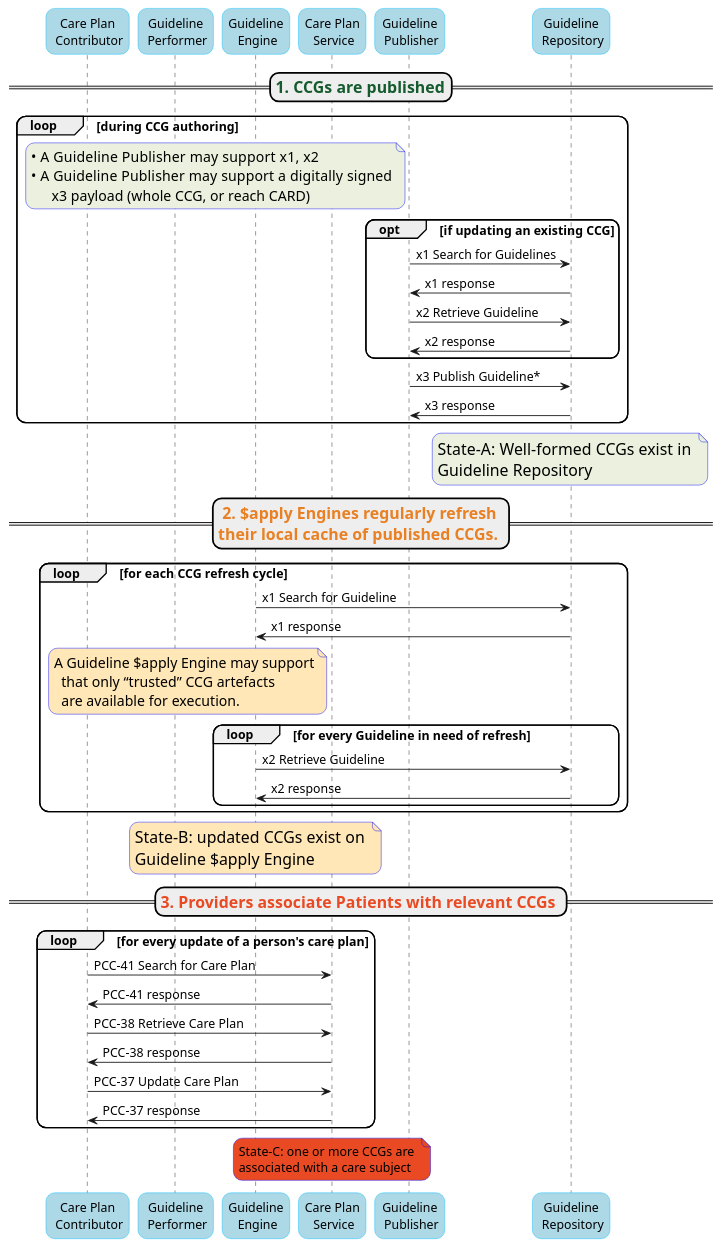
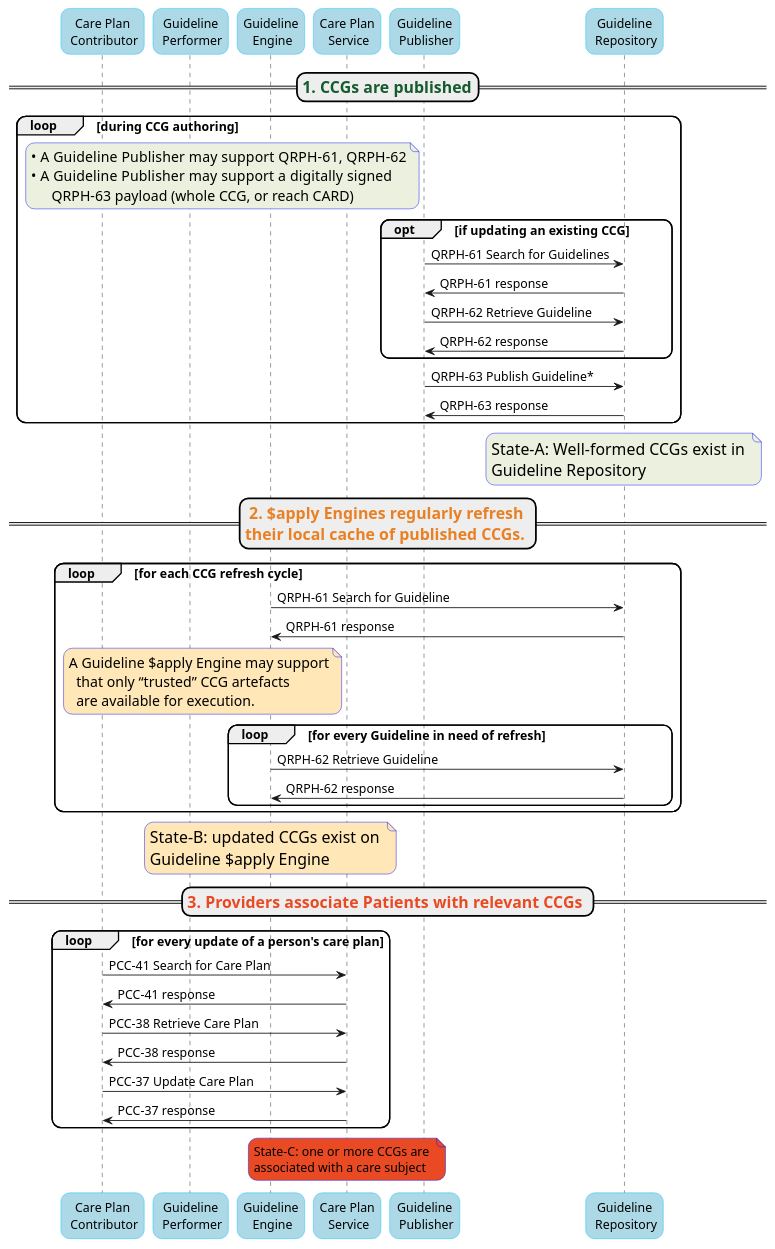
The diagram in input/images-source/image7.plantuml (IHE/QRPH.CCG), drawn with PlantUML before and after one commit. The commit also changed 2 other files, not shown here.

Commit message:
update actor options and xaction numbers in Fig 7, 8

```diff
--- a/input/images-source/image7.plantuml
+++ b/input/images-source/image7.plantuml
@@ -1,66 +1,66 @@
 @startuml
 skinparam defaultFontSize        14
 skinparam roundcorner            20
 skinparam Note {
 BackgroundColor LightBlue
 BorderColor Blue
 }
 skinparam Participant {
 FontName Arial
 Style awesome
 BorderColor DeepSkyBlue
 BackgroundColor LightBlue
 }
 participant "Care Plan\n Contributor" as cpc
 participant "Guideline\n Performer" as gf
 participant "Guideline\n Engine" as ge
 participant "Care Plan\n Service" as cps
 participant "Guideline\n Publisher" as gp
 participant "Guideline\n Repository" as gr
 
 ==<size 18><color #155b2e>1. CCGs are published==
 
 loop during CCG authoring
   note left of gp #EBF1DE
-<size 16>•   A Guideline Publisher may support x1, x2
+<size 16>•   A Guideline Publisher may support QRPH-61, QRPH-62
 <size 16>•   A Guideline Publisher may support a digitally signed
-   <size 16>   x3 payload (whole CCG, or reach CARD)
+   <size 16>   QRPH-63 payload (whole CCG, or reach CARD)
 end note
  opt if updating an existing CCG
-  gp -> gr: x1 Search for Guidelines
-  gr -> gp: x1 response
+  gp -> gr: QRPH-61 Search for Guidelines
+  gr -> gp: QRPH-61 response
 
-  gp -> gr: x2 Retrieve Guideline
-  gr -> gp: x2 response
+  gp -> gr: QRPH-62 Retrieve Guideline
+  gr -> gp: QRPH-62 response
  end opt
- gp -> gr: x3 Publish Guideline*
- gr -> gp: x3 response
+ gp -> gr: QRPH-63 Publish Guideline*
+ gr -> gp: QRPH-63 response
 end loop
 note over gr #EBF1DE: <size 18>State-A: Well-formed CCGs exist in \n<size 18>Guideline Repository
 ==<size 18><color #e98023> 2. $apply Engines regularly refresh\n<size 18><color #e98023>their local cache of published CCGs. ==
 
 loop for each CCG refresh cycle
- ge -> gr: x1 Search for Guideline
- gr -> ge: x1 response
+ ge -> gr: QRPH-61 Search for Guideline
+ gr -> ge: QRPH-61 response
  note left of cps #FFE7B7
  <size 16>A Guideline $apply Engine may support
  <size 16>  that only “trusted” CCG artefacts
  <size 16>  are available for execution.
 end note
  loop for every Guideline in need of refresh
-  ge -> gr: x2 Retrieve Guideline
-  gr -> ge: x2 response
+  ge -> gr: QRPH-62 Retrieve Guideline
+  gr -> ge: QRPH-62 response
  end loop for Guideline refresh 
 end loop for refresh cycle
 note over ge #FFE7B7: <size 18>State-B: updated CCGs exist on \n<size 18>Guideline $apply Engine
 ==<size 18><color #e94a23>3. Providers associate Patients with relevant CCGs ==
 loop for every update of a person's care plan
  cpc -> cps: PCC-41 Search for Care Plan
  cps -> cpc: PCC-41 response
  cpc -> cps: PCC-38 Retrieve Care Plan
  cps -> cpc: PCC-38 response
  cpc -> cps: PCC-37 Update Care Plan
  cps -> cpc: PCC-37 response
 end loop
 note over cps #e94a23: <size 14>State-C: one or more CCGs are \n<size 14>associated with a care subject
 @enduml
```
